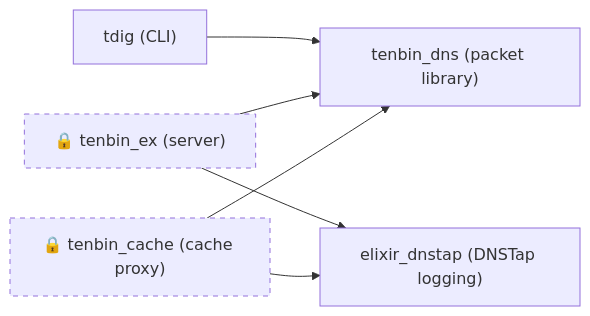
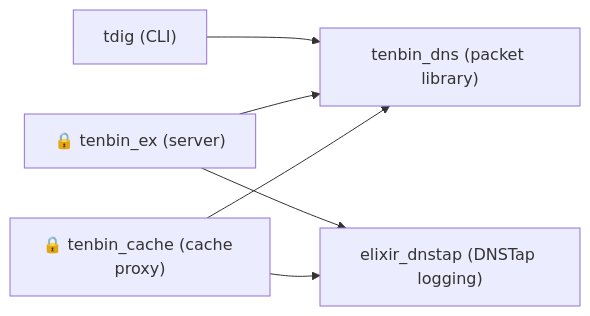
Before and after one commit to smkwlab/.github: the diagram in profile/README.md, drawn with Mermaid. The commit also changed other lines of this file, not shown here.

````diff
--- a/profile/README.md
+++ b/profile/README.md
@@ -12,14 +16,11 @@
 ```mermaid
 graph LR
   tdig["tdig (CLI)"] --> tenbin_dns
   tenbin_ex["🔒 tenbin_ex (server)"] --> tenbin_dns
   tenbin_ex --> elixir_dnstap
   tenbin_cache["🔒 tenbin_cache (cache proxy)"] --> tenbin_dns
   tenbin_cache --> elixir_dnstap
 
   tenbin_dns["tenbin_dns (packet library)"]
   elixir_dnstap["elixir_dnstap (DNSTap logging)"]
-
-  classDef private stroke-dasharray: 5 5;
-  class tenbin_ex,tenbin_cache private;
 ```
````
